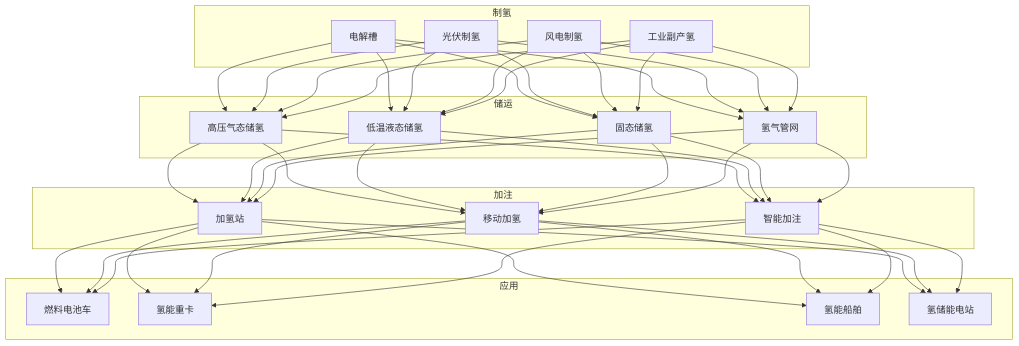
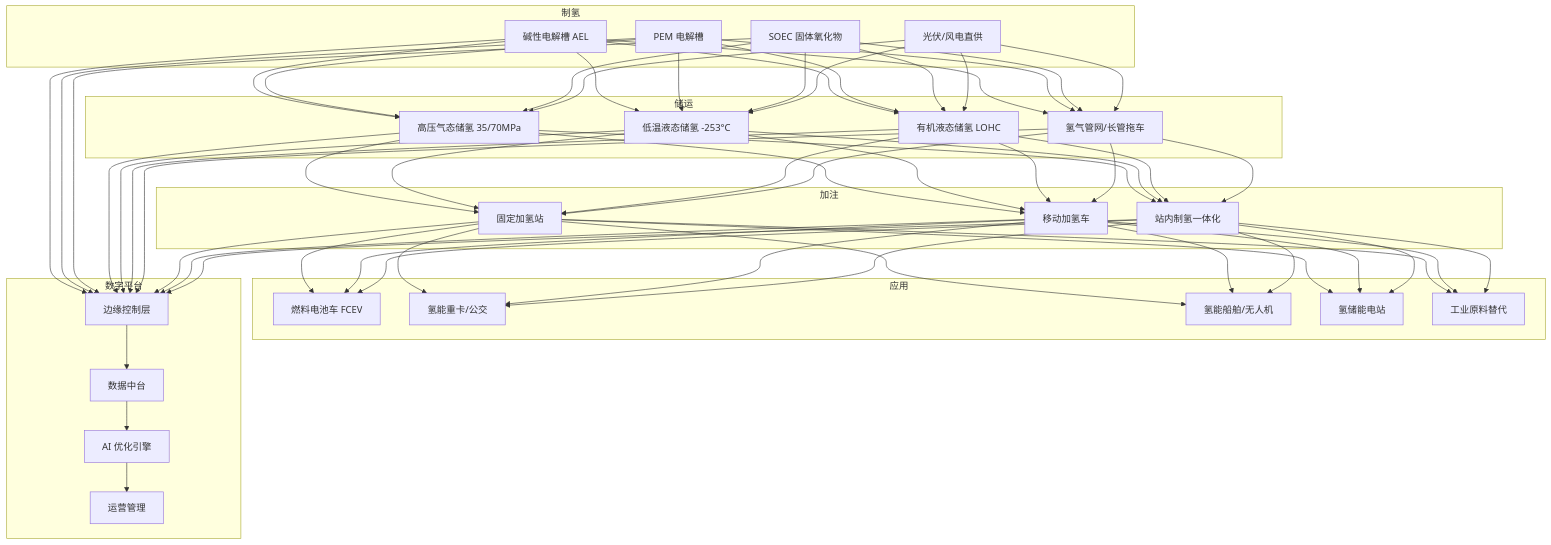
One commit to kudig-io/kudig-database changed the first of 3 diagrams in topic-application-architecture/85-hydrogen-energy.md. Above: the diagram before and after it, drawn with Mermaid. The commit also changed other lines of this file and 8633 other files, not shown here.

````diff
--- a/topic-application-architecture/85-hydrogen-energy.md
+++ b/topic-application-architecture/85-hydrogen-energy.md
@@ -49,33 +122,45 @@
 ```mermaid
 graph TB
     subgraph 制氢
-        G1[电解槽]
-        G2[光伏制氢]
-        G3[风电制氢]
-        G4[工业副产氢]
+        G1[碱性电解槽 AEL]
+        G2[PEM 电解槽]
+        G3[SOEC 固体氧化物]
+        G4[光伏/风电直供]
     end
 
     subgraph 储运
-        S1[高压气态储氢]
-        S2[低温液态储氢]
-        S3[固态储氢]
-        S4[氢气管网]
+        S1[高压气态储氢 35/70MPa]
+        S2[低温液态储氢 -253°C]
+        S3[有机液态储氢 LOHC]
+        S4[氢气管网/长管拖车]
     end
 
     subgraph 加注
-        F1[加氢站]
-        F2[移动加氢]
-        F3[智能加注]
+        F1[固定加氢站]
+        F2[移动加氢车]
+        F3[站内制氢一体化]
     end
 
     subgraph 应用
-        A1[燃料电池车]
-        A2[氢能重卡]
-        A3[氢能船舶]
+        A1[燃料电池车 FCEV]
+        A2[氢能重卡/公交]
+        A3[氢能船舶/无人机]
         A4[氢储能电站]
+        A5[工业原料替代]
+    end
+
+    subgraph 数字平台
+        P1[边缘控制层]
+        P2[数据中台]
+        P3[AI 优化引擎]
+        P4[运营管理]
     end
 
     G1 & G2 & G3 & G4 --> S1 & S2 & S3 & S4
     S1 & S2 & S3 & S4 --> F1 & F2 & F3
-    F1 & F2 & F3 --> A1 & A2 & A3 & A4
+    F1 & F2 & F3 --> A1 & A2 & A3 & A4 & A5
+    G1 & G2 & G3 --> P1
+    S1 & S2 & S3 & S4 --> P1
+    F1 & F2 & F3 --> P1
+    P1 --> P2 --> P3 --> P4
 ```
````
